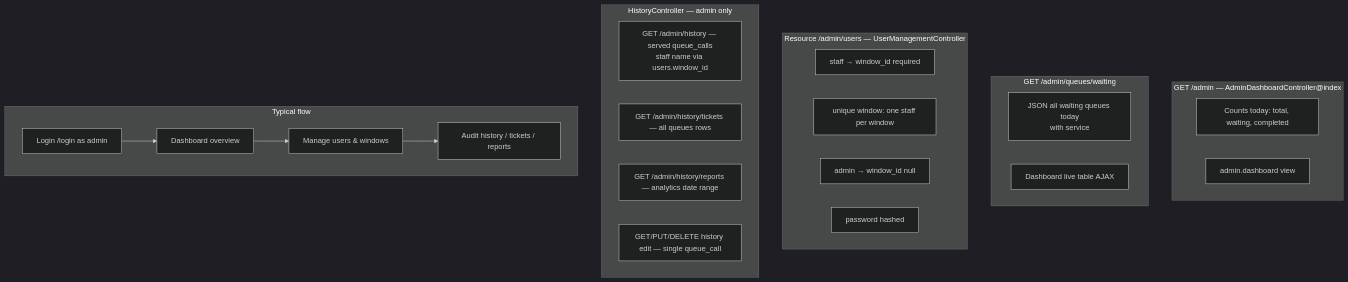
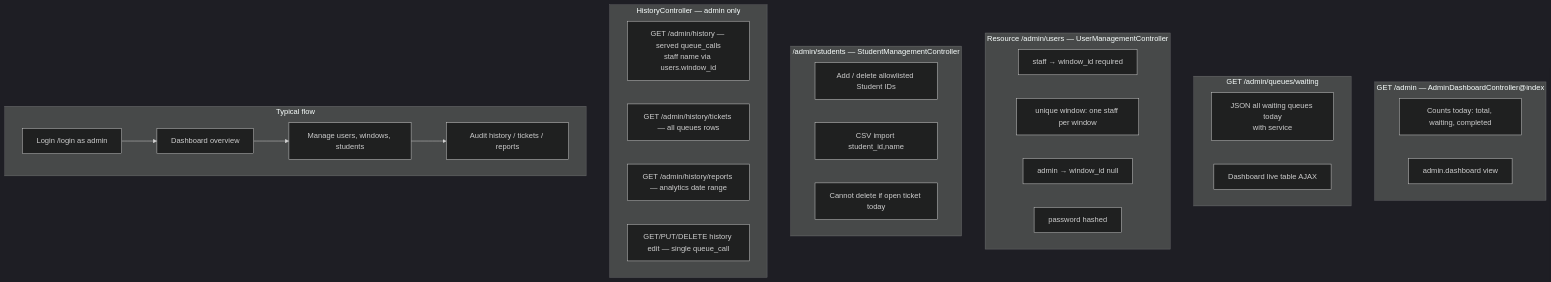
One commit to rhems95/queuing-system changed the eighth of 12 diagrams in docs/system-flowchart.md. Above: the diagram before and after it, drawn with Mermaid (dark theme). The commit also changed other lines of this file and 9 other files, not shown here.

First line of the commit message:
Document Student ID, Hold, and admin students in the diagrams.

````diff
--- a/docs/system-flowchart.md
+++ b/docs/system-flowchart.md
@@ -252,34 +254,40 @@
 ```mermaid
 flowchart TD
     subgraph AdminDash["GET /admin — AdminDashboardController@index"]
         D1["Counts today: total, waiting, completed"]
         D2["admin.dashboard view"]
     end
 
     subgraph WaitingJson["GET /admin/queues/waiting"]
         W1["JSON all waiting queues today<br/>with service"]
         W2["Dashboard live table AJAX"]
     end
 
     subgraph Users["Resource /admin/users — UserManagementController"]
         U1["staff → window_id required"]
         U2["unique window: one staff per window"]
         U3["admin → window_id null"]
         U4["password hashed"]
     end
 
+    subgraph Students["/admin/students — StudentManagementController"]
+        S1["Add / delete allowlisted Student IDs"]
+        S2["CSV import student_id,name"]
+        S3["Cannot delete if open ticket today"]
+    end
+
     subgraph History["HistoryController — admin only"]
         H1["GET /admin/history — served queue_calls<br/>staff name via users.window_id"]
         H2["GET /admin/history/tickets — all queues rows"]
         H3["GET /admin/history/reports — analytics date range"]
         H4["GET/PUT/DELETE history edit — single queue_call"]
     end
 
     subgraph AdminFlow["Typical flow"]
         A1["Login /login as admin"]
         A2["Dashboard overview"]
-        A3["Manage users & windows"]
+        A3["Manage users, windows, students"]
         A4["Audit history / tickets / reports"]
     end
     A1 --> A2 --> A3 --> A4
 ```
````
